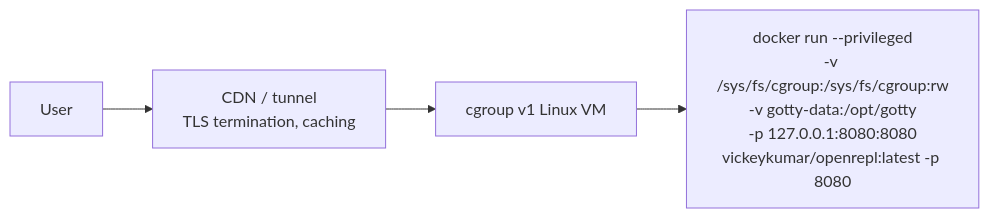
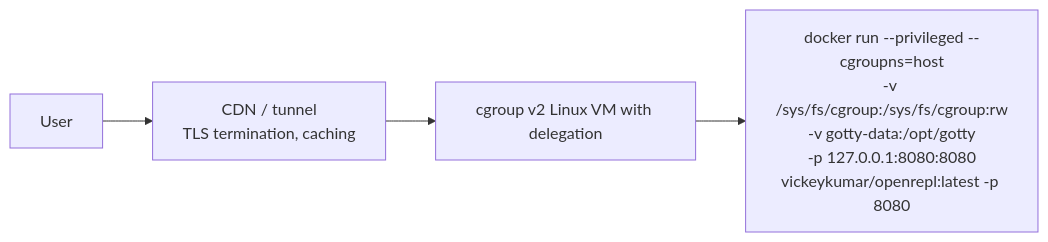
One commit to vickeykumar/openrepl changed the second of 2 diagrams in docs/lld/08-build-and-deploy.md. Above: the diagram before and after it, drawn with Mermaid. The commit also changed other lines of this file and 819 other files, not shown here.

````diff
--- a/docs/lld/08-build-and-deploy.md
+++ b/docs/lld/08-build-and-deploy.md
@@ -118,6 +118,6 @@
 ```mermaid
 flowchart LR
     User --> Edge["CDN / tunnel<br/>TLS termination, caching"]
-    Edge --> VM["cgroup v1 Linux VM"]
-    VM --> C["docker run --privileged<br/>-v /sys/fs/cgroup:/sys/fs/cgroup:rw<br/>-v gotty-data:/opt/gotty<br/>-p 127.0.0.1:8080:8080<br/>vickeykumar/openrepl:latest -p 8080"]
+    Edge --> VM["cgroup v2 Linux VM with delegation"]
+    VM --> C["docker run --privileged --cgroupns=host<br/>-v /sys/fs/cgroup:/sys/fs/cgroup:rw<br/>-v gotty-data:/opt/gotty<br/>-p 127.0.0.1:8080:8080<br/>vickeykumar/openrepl:latest -p 8080"]
 ```
````
